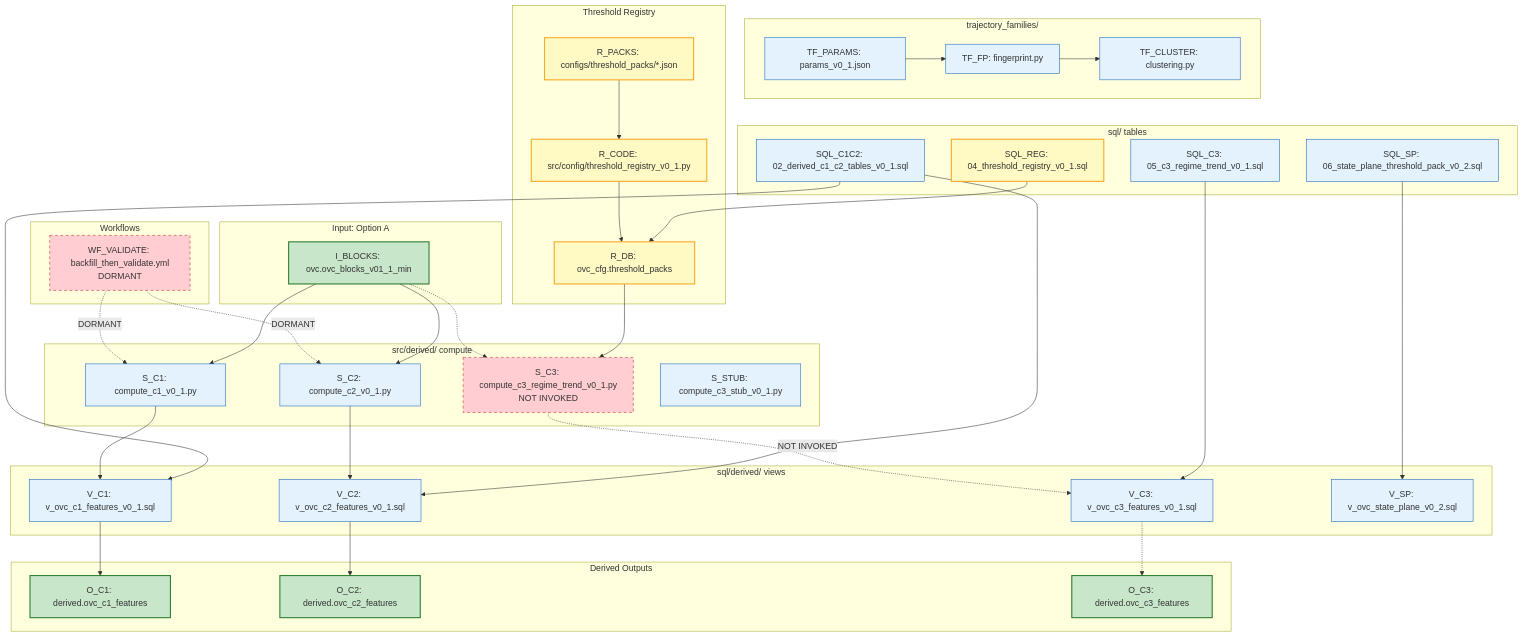
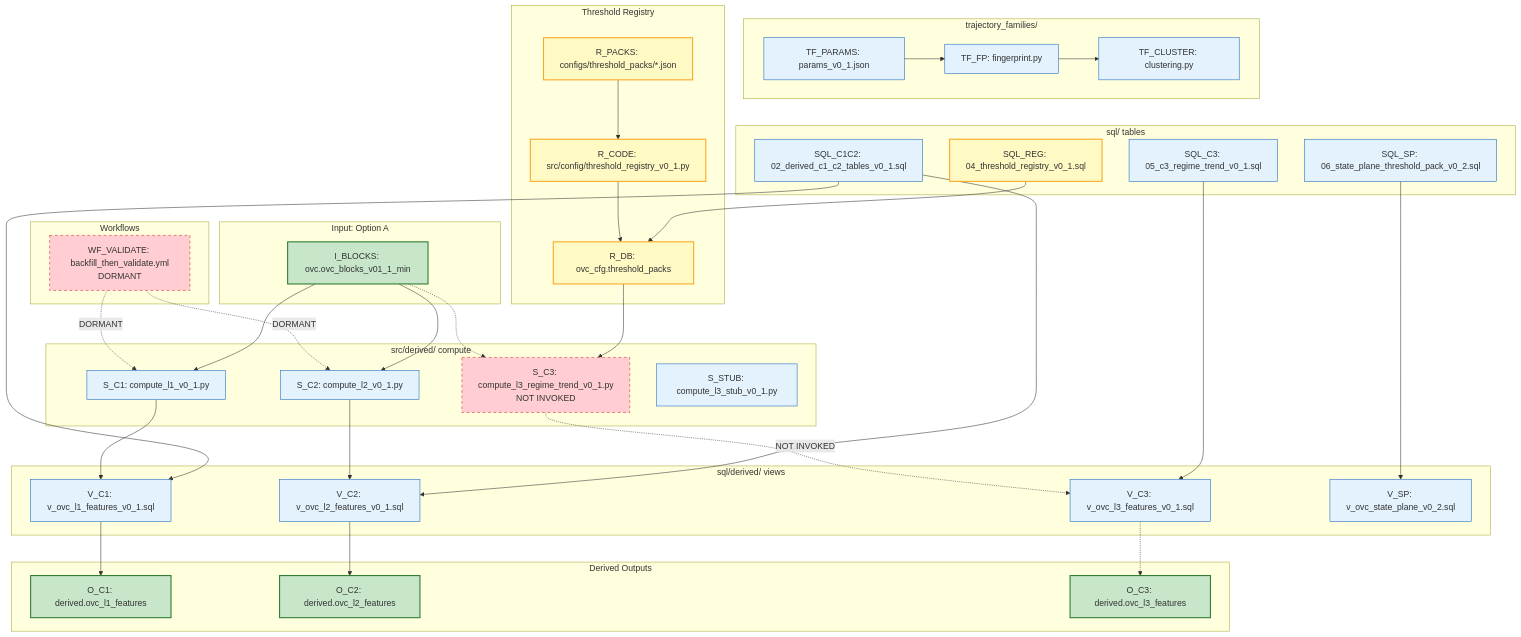
One commit to owenguobadia24s-collab/ovc-infra changed the diagram in Tetsu/OVC_REPO_MAZE/15_REPO_GRAPHS/20_INTERNAL_PIPELINES/GRAPH_21__OPT_B__PIPELINE.md. Above: the diagram before and after it, drawn with Mermaid. The commit also changed other lines of this file and 148 other files, not shown here.

```diff
--- a/Tetsu/OVC_REPO_MAZE/15_REPO_GRAPHS/20_INTERNAL_PIPELINES/GRAPH_21__OPT_B__PIPELINE.md
+++ b/Tetsu/OVC_REPO_MAZE/15_REPO_GRAPHS/20_INTERNAL_PIPELINES/GRAPH_21__OPT_B__PIPELINE.md
@@ -21,17 +21,17 @@
 
   %% Compute Scripts
   subgraph COMPUTE[src/derived/ compute]
-    S_C1[S_C1: compute_c1_v0_1.py]
-    S_C2[S_C2: compute_c2_v0_1.py]
-    S_C3[S_C3: compute_c3_regime_trend_v0_1.py<br/>NOT INVOKED]
-    S_STUB[S_STUB: compute_c3_stub_v0_1.py]
+    S_C1[S_C1: compute_l1_v0_1.py]
+    S_C2[S_C2: compute_l2_v0_1.py]
+    S_C3[S_C3: compute_l3_regime_trend_v0_1.py<br/>NOT INVOKED]
+    S_STUB[S_STUB: compute_l3_stub_v0_1.py]
   end
 
   %% SQL Views
   subgraph VIEWS[sql/derived/ views]
-    V_C1[V_C1: v_ovc_c1_features_v0_1.sql]
-    V_C2[V_C2: v_ovc_c2_features_v0_1.sql]
-    V_C3[V_C3: v_ovc_c3_features_v0_1.sql]
+    V_C1[V_C1: v_ovc_l1_features_v0_1.sql]
+    V_C2[V_C2: v_ovc_l2_features_v0_1.sql]
+    V_C3[V_C3: v_ovc_l3_features_v0_1.sql]
     V_SP[V_SP: v_ovc_state_plane_v0_2.sql]
   end
 
@@ -59,9 +59,9 @@
 
   %% Outputs
   subgraph OUT[Derived Outputs]
-    O_C1[O_C1: derived.ovc_c1_features]
-    O_C2[O_C2: derived.ovc_c2_features]
-    O_C3[O_C3: derived.ovc_c3_features]
+    O_C1[O_C1: derived.ovc_l1_features]
+    O_C2[O_C2: derived.ovc_l2_features]
+    O_C3[O_C3: derived.ovc_l3_features]
   end
 
   %% Workflow → Compute
```
